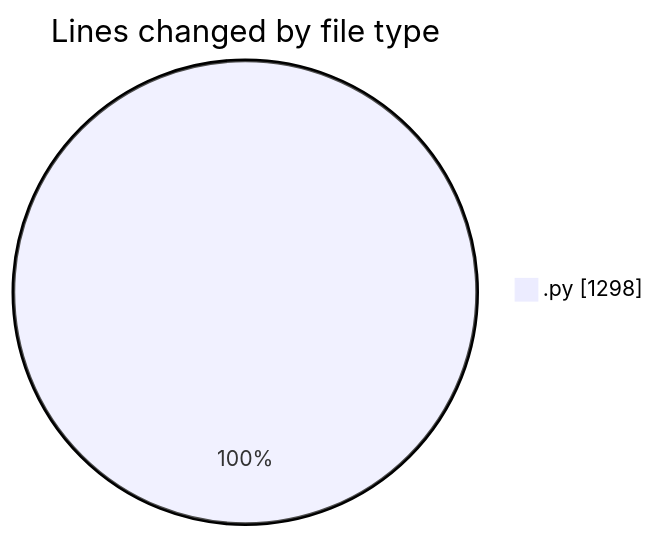
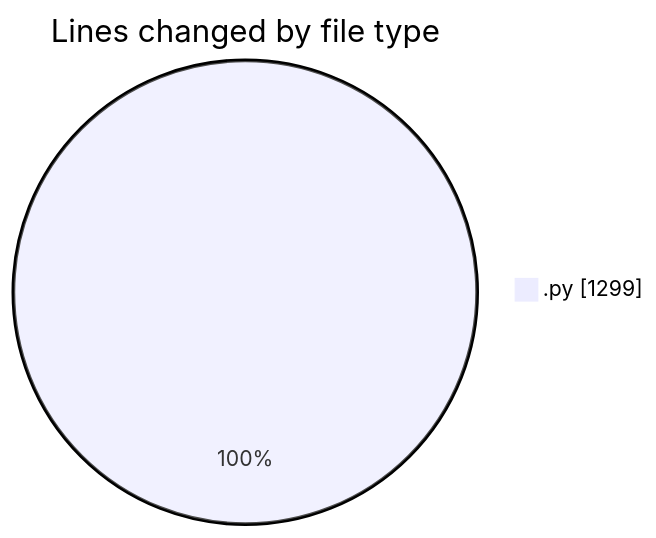
One commit to MatusMokan/code-tracking changed the first of 2 diagrams in 2025-04-18/myws__workspace_/README.md. Above: the diagram before and after it, drawn with Mermaid. The commit also changed other lines of this file and 1 other file, not shown here.

````diff
--- a/2025-04-18/myws__workspace_/README.md
+++ b/2025-04-18/myws__workspace_/README.md
@@ -20,5 +20,5 @@
 ```mermaid
 pie showData
 title Lines changed by file type
-".py" : 1298
+".py" : 1299
 ```
````
